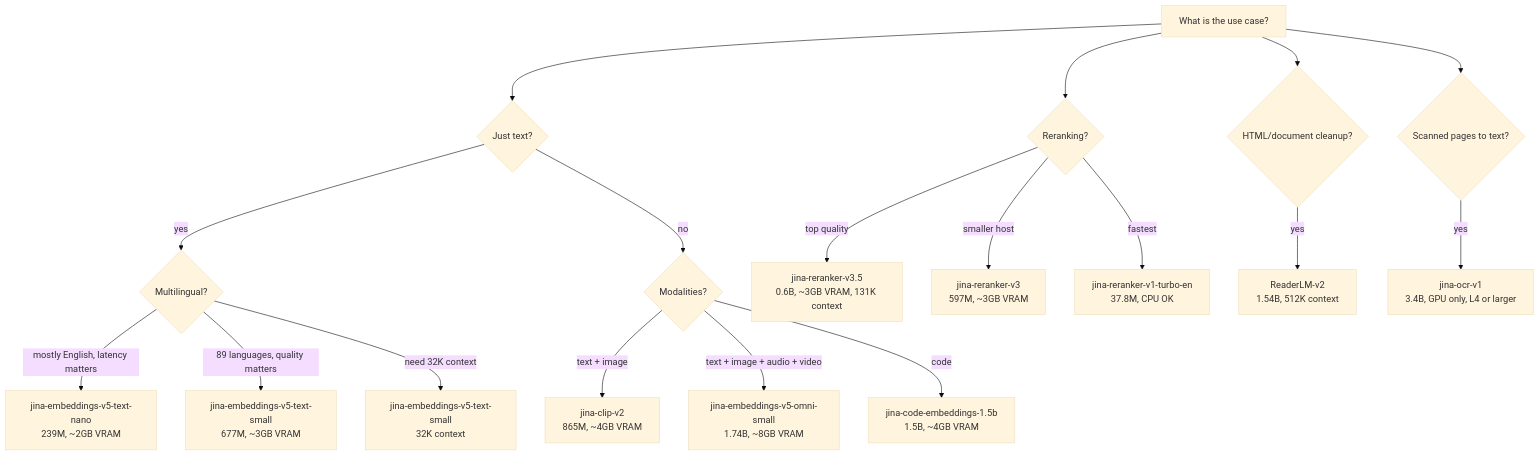
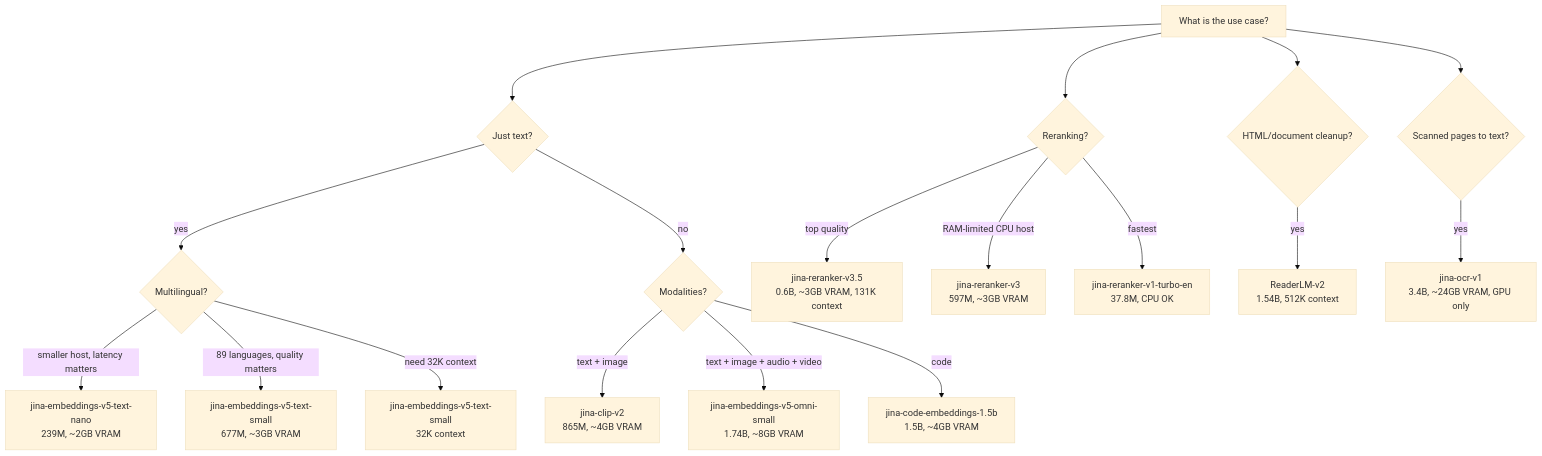
One commit to jina-ai/jina-on-prem changed the first of 2 diagrams in docs/Picking-A-Model.md. Above: the diagram before and after it, drawn with Mermaid (base theme). The commit also changed 19 other files, not shown here.

````diff
--- a/docs/Picking-A-Model.md
+++ b/docs/Picking-A-Model.md
@@ -3,34 +3,34 @@
 ```mermaid
 flowchart TD
     A[What is the use case?] --> B{Just text?}
     B -- yes --> C{Multilingual?}
     B -- no --> D{Modalities?}
-    C -- mostly English, latency matters --> M1[jina-embeddings-v5-text-nano
+    C -- smaller host, latency matters --> M1[jina-embeddings-v5-text-nano
 239M, ~2GB VRAM]
     C -- 89 languages, quality matters --> M2[jina-embeddings-v5-text-small
 677M, ~3GB VRAM]
     C -- need 32K context --> M3[jina-embeddings-v5-text-small
 32K context]
     D -- text + image --> M4[jina-clip-v2
 865M, ~4GB VRAM]
     D -- text + image + audio + video --> M5[jina-embeddings-v5-omni-small
 1.74B, ~8GB VRAM]
     D -- code --> M6[jina-code-embeddings-1.5b
 1.5B, ~4GB VRAM]
 
     A --> E{Reranking?}
     E -- top quality --> R1[jina-reranker-v3.5
 0.6B, ~3GB VRAM, 131K context]
-    E -- smaller host --> R3[jina-reranker-v3
+    E -- RAM-limited CPU host --> R3[jina-reranker-v3
 597M, ~3GB VRAM]
     E -- fastest --> R2[jina-reranker-v1-turbo-en
 37.8M, CPU OK]
 
     A --> F{HTML/document cleanup?}
     F -- yes --> RD1[ReaderLM-v2
 1.54B, 512K context]
 
     A --> G{Scanned pages to text?}
     G -- yes --> OCR1[jina-ocr-v1
-3.4B, GPU only, L4 or larger]
+3.4B, ~24GB VRAM, GPU only]
 ```
````
